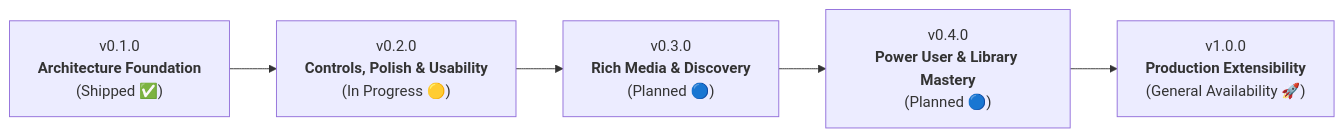
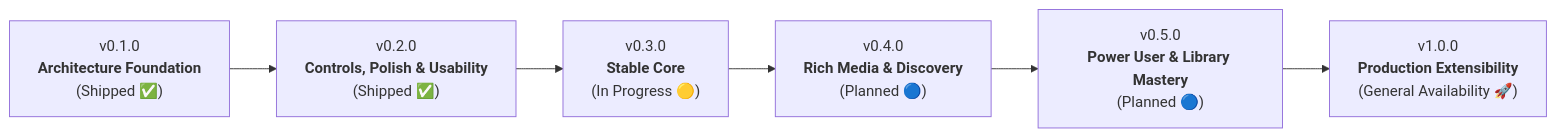
Before and after one commit to RitwikGupta-0501/lyria-music-player: the diagram in docs/VERSION_SCOPE.md, drawn with Mermaid. The commit also changed other lines of this file and 1 other file, not shown here.

````diff
--- a/docs/VERSION_SCOPE.md
+++ b/docs/VERSION_SCOPE.md
@@ -9,7 +9,8 @@
 ```mermaid
 graph LR
-    v010["v0.1.0<br/><b>Architecture Foundation</b><br/>(Shipped ✅)"] --> v020["v0.2.0<br/><b>Controls, Polish & Usability</b><br/>(In Progress 🟡)"]
-    v020 --> v030["v0.3.0<br/><b>Rich Media & Discovery</b><br/>(Planned 🔵)"]
-    v030 --> v040["v0.4.0<br/><b>Power User & Library Mastery</b><br/>(Planned 🔵)"]
-    v040 --> v100["v1.0.0<br/><b>Production Extensibility</b><br/>(General Availability 🚀)"]
+    v010["v0.1.0<br/><b>Architecture Foundation</b><br/>(Shipped ✅)"] --> v020["v0.2.0<br/><b>Controls, Polish & Usability</b><br/>(Shipped ✅)"]
+    v020 --> v030["v0.3.0<br/><b>Stable Core</b><br/>(In Progress 🟡)"]
+    v030 --> v040["v0.4.0<br/><b>Rich Media & Discovery</b><br/>(Planned 🔵)"]
+    v040 --> v050["v0.5.0<br/><b>Power User & Library Mastery</b><br/>(Planned 🔵)"]
+    v050 --> v100["v1.0.0<br/><b>Production Extensibility</b><br/>(General Availability 🚀)"]
 ```
````
